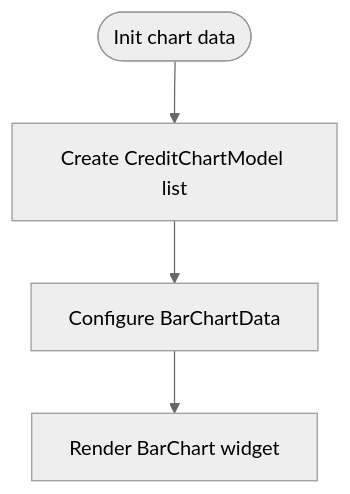
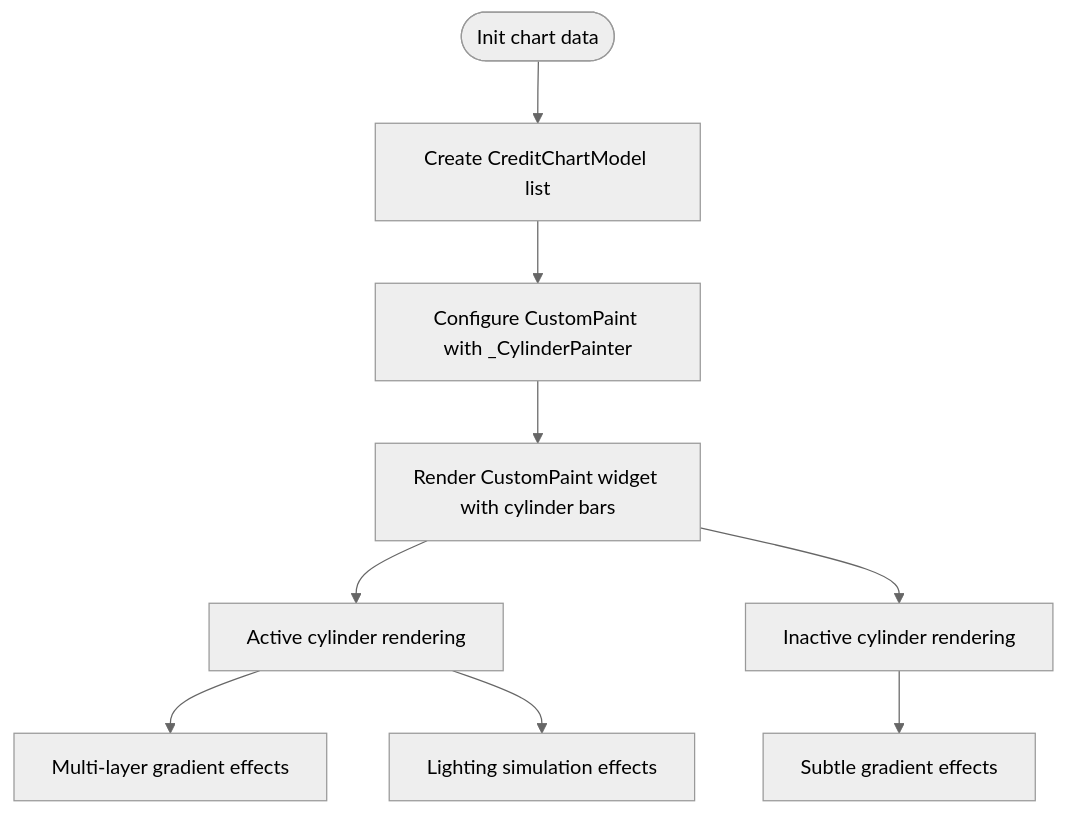
One commit to Ariful3111/FurniGo changed the tenth of 15 diagrams in .qoder/repowiki/en/content/Core Features/User Profile Management/Credit Balance System.md. Above: the diagram before and after it, drawn with Mermaid (neutral theme). The commit also changed other lines of this file and 1 other file, not shown here.

````diff
--- a/.qoder/repowiki/en/content/Core Features/User Profile Management/Credit Balance System.md
+++ b/.qoder/repowiki/en/content/Core Features/User Profile Management/Credit Balance System.md
@@ -392,6 +418,11 @@
 ```mermaid
 flowchart TD
 Init(["Init chart data"]) --> BuildModel["Create CreditChartModel list"]
-BuildModel --> ConfigureChart["Configure BarChartData"]
-ConfigureChart --> Render["Render BarChart widget"]
+BuildModel --> ConfigureChart["Configure CustomPaint with _CylinderPainter"]
+ConfigureChart --> Render["Render CustomPaint widget with cylinder bars"]
+Render --> ActiveState["Active cylinder rendering"]
+Render --> InactiveState["Inactive cylinder rendering"]
+ActiveState --> MultiGradient["Multi-layer gradient effects"]
+ActiveState --> Lighting["Lighting simulation effects"]
+InactiveState --> SubtleGradient["Subtle gradient effects"]
 ```
````
